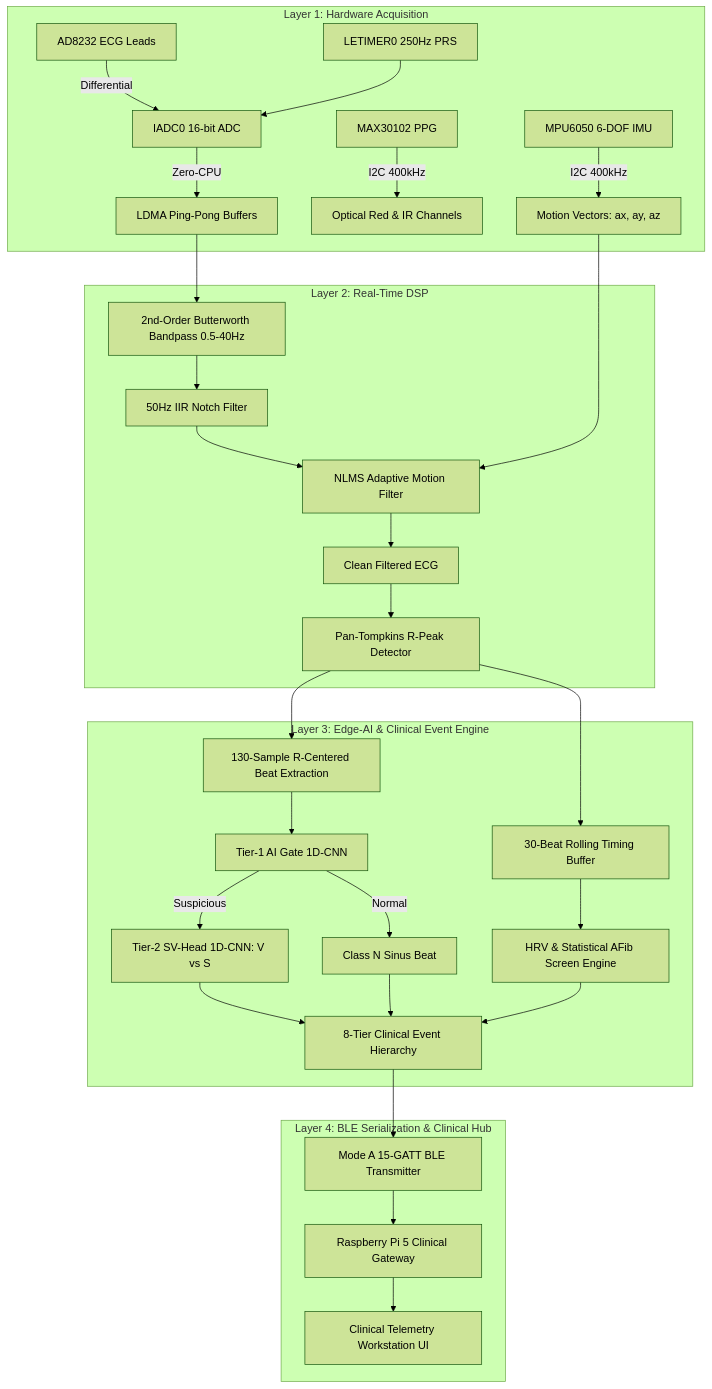
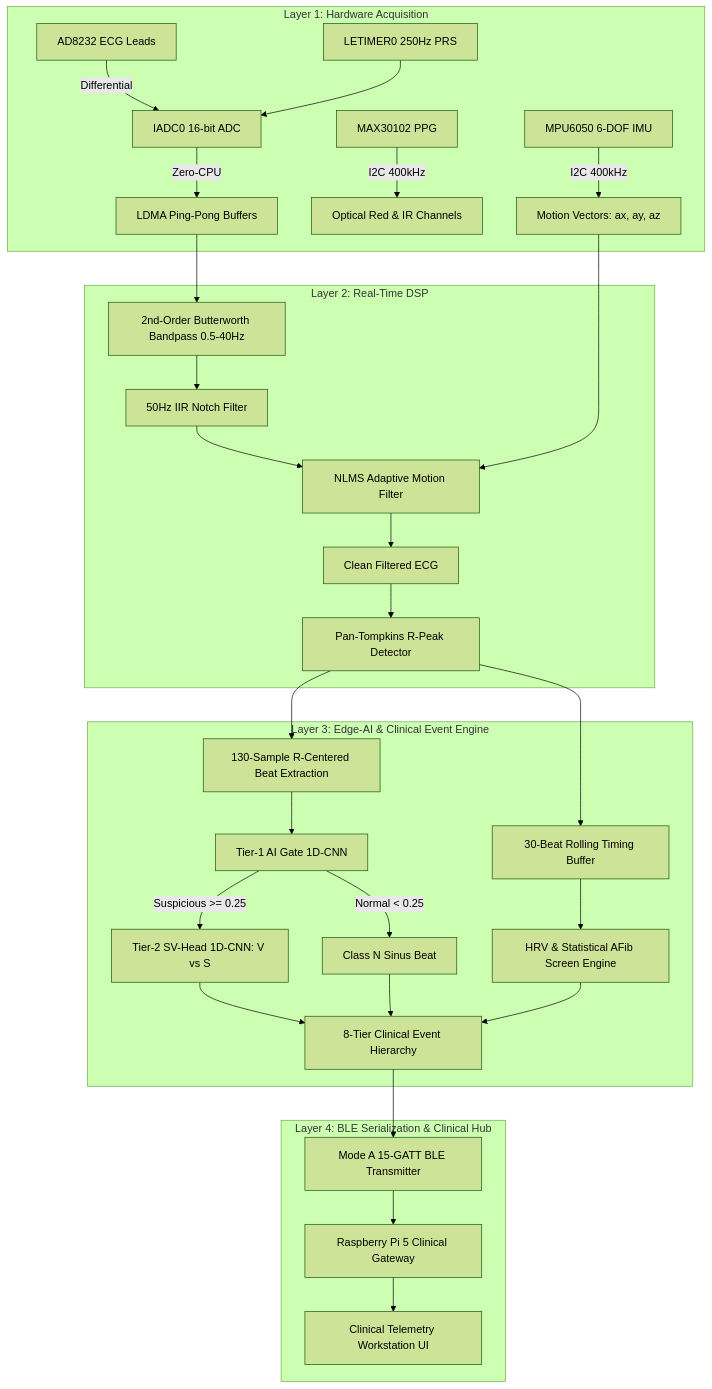
The diagram in docs/06_Clinical_Event_Engine_and_Mathematical_Derivations.md (memehdi14/icc-26-tarang), drawn with Mermaid (forest theme) before and after one commit. The commit also changed other lines of this file and 6 other files, not shown here.

````diff
--- a/docs/06_Clinical_Event_Engine_and_Mathematical_Derivations.md
+++ b/docs/06_Clinical_Event_Engine_and_Mathematical_Derivations.md
@@ -9,37 +9,37 @@
 ```mermaid
 graph TD
     subgraph Layer 1: Hardware Acquisition
         A1[AD8232 ECG Leads] -->|Differential| A2[IADC0 16-bit ADC]
         A3[MPU6050 6-DOF IMU] -->|I2C 400kHz| A4[Motion Vectors: ax, ay, az]
         A5[MAX30102 PPG] -->|I2C 400kHz| A6[Optical Red & IR Channels]
         PRS[LETIMER0 250Hz PRS] --> A2
         A2 -->|Zero-CPU| DMA[LDMA Ping-Pong Buffers]
     end
 
     subgraph Layer 2: Real-Time DSP
         DMA --> B1[2nd-Order Butterworth Bandpass 0.5-40Hz]
         B1 --> B2[50Hz IIR Notch Filter]
         B2 --> B3[NLMS Adaptive Motion Filter]
         A4 --> B3
         B3 --> B4[Clean Filtered ECG]
         B4 --> B5[Pan-Tompkins R-Peak Detector]
     end
 
     subgraph Layer 3: Edge-AI & Clinical Event Engine
         B5 --> C1[130-Sample R-Centered Beat Extraction]
         C1 --> C2[Tier-1 AI Gate 1D-CNN]
-        C2 -->|Suspicious| C3[Tier-2 SV-Head 1D-CNN: V vs S]
-        C2 -->|Normal| C4[Class N Sinus Beat]
+        C2 -->|Suspicious >= 0.25| C3[Tier-2 SV-Head 1D-CNN: V vs S]
+        C2 -->|Normal < 0.25| C4[Class N Sinus Beat]
         B5 --> C5[30-Beat Rolling Timing Buffer]
         C5 --> C6[HRV & Statistical AFib Screen Engine]
         C3 --> C7[8-Tier Clinical Event Hierarchy]
         C4 --> C7
         C6 --> C7
     end
 
     subgraph Layer 4: BLE Serialization & Clinical Hub
         C7 --> D1[Mode A 15-GATT BLE Transmitter]
         D1 --> D2[Raspberry Pi 5 Clinical Gateway]
         D2 --> D3[Clinical Telemetry Workstation UI]
     end
 ```
````
